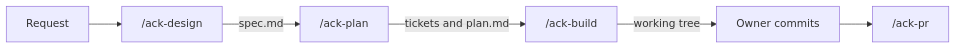
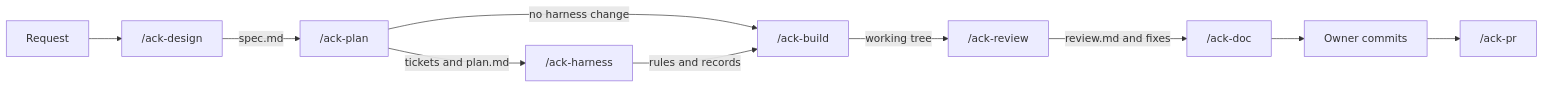
The diagram in docs/ai-harness.md (andrechristikan/ack-nestjs-boilerplate), drawn with Mermaid before and after one commit. The commit also changed other lines of this file and 49 other files, not shown here.

Commit message:
chore(claude): add ack-review, env-file guards, mcp servers, and the .agents skills link

````diff
--- a/docs/ai-harness.md
+++ b/docs/ai-harness.md
@@ -40,8 +45,12 @@
 ```mermaid
 flowchart LR
     R[Request] --> D["/ack-design"]
     D -->|spec.md| P["/ack-plan"]
-    P -->|tickets and plan.md| B["/ack-build"]
-    B -->|working tree| C[Owner commits]
+    P -->|tickets and plan.md| H["/ack-harness"]
+    P -->|no harness change| B["/ack-build"]
+    H -->|rules and records| B
+    B -->|working tree| V["/ack-review"]
+    V -->|review.md and fixes| DOC["/ack-doc"]
+    DOC --> C[Owner commits]
     C --> PR["/ack-pr"]
 ```
````
